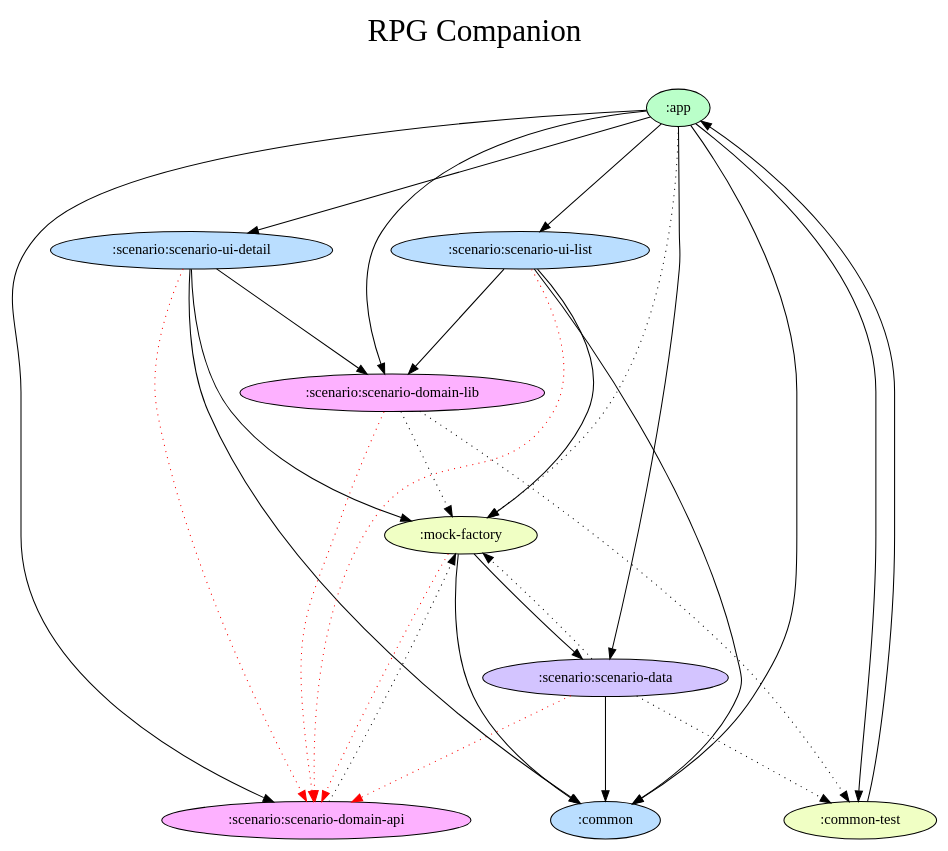
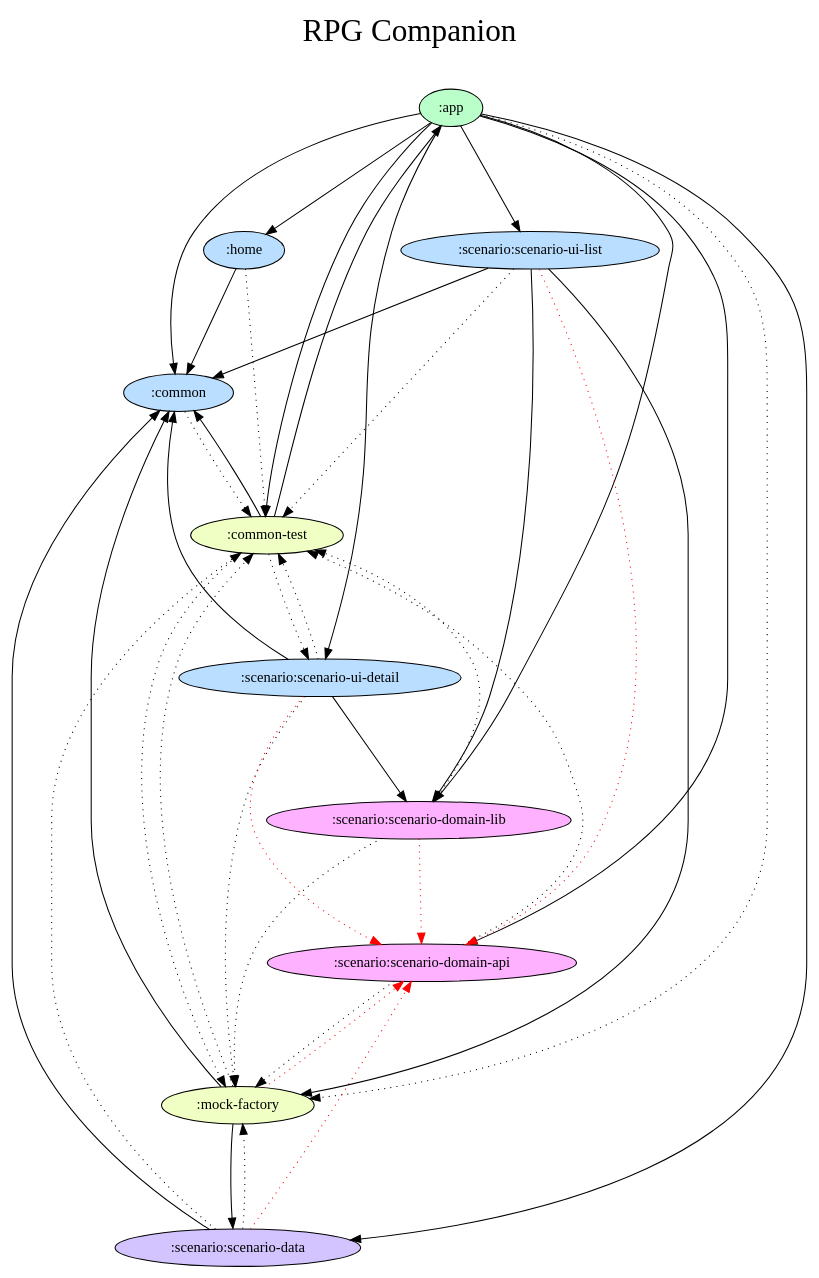
Before and after one commit to florentin-v/android-rpg-companion: the diagram in docs/dependency-graph/project.dot, drawn with Graphviz. The commit also changed 36 other files, not shown here.

Commit message:
chore: remove mockk + start ui tests + test ScenarioDetailViewModel

```diff
--- a/docs/dependency-graph/project.dot
+++ b/docs/dependency-graph/project.dot
@@ -1,50 +1,62 @@
 digraph {
   graph [label="RPG Companion\n ",labelloc=t,fontsize=30,ranksep=1.4];
   node [style=filled, fillcolor="#bbbbbb"];
   rankdir=TB;
 
   # Projects
 
   ":app" [fillcolor="#baffc9"];
   ":common" [fillcolor="#badeff"];
   ":common-test" [fillcolor="#f0ffc4"];
+  ":home" [fillcolor="#badeff"];
   ":mock-factory" [fillcolor="#f0ffc4"];
   ":scenario:scenario-data" [fillcolor="#d3c4ff"];
   ":scenario:scenario-domain-api" [fillcolor="#fdb1ff"];
   ":scenario:scenario-domain-lib" [fillcolor="#fdb1ff"];
   ":scenario:scenario-ui-detail" [fillcolor="#badeff"];
   ":scenario:scenario-ui-list" [fillcolor="#badeff"];
 
   {rank = same;}
 
   # Dependencies
 
-  ":app" -> ":common" [style=filled, style=filled]
+  ":app" -> ":common-test" [style=dotted, style=filled]
+  ":app" -> ":common" [style=dotted, style=filled, style=filled]
+  ":app" -> ":mock-factory" [style=dotted, style=dotted]
+  ":app" -> ":scenario:scenario-ui-detail" [style=dotted, style=filled, style=filled]
+  ":app" -> ":home" [style=filled]
   ":app" -> ":scenario:scenario-data" [style=filled, style=filled]
   ":app" -> ":scenario:scenario-domain-lib" [style=filled, style=filled]
-  ":app" -> ":scenario:scenario-ui-detail" [style=filled, style=filled]
   ":app" -> ":scenario:scenario-ui-list" [style=filled, style=filled]
-  ":app" -> ":common-test" [style=filled]
   ":app" -> ":scenario:scenario-domain-api" [style=filled]
-  ":app" -> ":mock-factory" [style=dotted]
+  ":common-test" -> ":common" [style=dotted, style=filled]
+  ":common-test" -> ":mock-factory" [style=dotted]
+  ":common-test" -> ":scenario:scenario-ui-detail" [style=dotted]
   ":common-test" -> ":app" [style=filled]
+  ":common" -> ":common-test" [style=dotted]
+  ":mock-factory" -> ":common-test" [style=dotted]
   ":mock-factory" -> ":scenario:scenario-domain-api" [color=red,style=dotted]
   ":mock-factory" -> ":common" [style=filled]
   ":mock-factory" -> ":scenario:scenario-data" [style=filled]
+  ":home" -> ":common-test" [style=dotted]
+  ":home" -> ":common" [style=filled]
+  ":scenario:scenario-domain-api" -> ":common-test" [style=dotted]
   ":scenario:scenario-domain-api" -> ":mock-factory" [style=dotted]
+  ":scenario:scenario-ui-list" -> ":common-test" [style=dotted]
   ":scenario:scenario-ui-list" -> ":scenario:scenario-domain-api" [color=red,style=dotted]
   ":scenario:scenario-ui-list" -> ":common" [style=filled]
   ":scenario:scenario-ui-list" -> ":mock-factory" [style=filled]
   ":scenario:scenario-ui-list" -> ":scenario:scenario-domain-lib" [style=filled]
+  ":scenario:scenario-domain-lib" -> ":common-test" [style=dotted, style=dotted]
   ":scenario:scenario-domain-lib" -> ":scenario:scenario-domain-api" [color=red,style=dotted]
   ":scenario:scenario-domain-lib" -> ":mock-factory" [style=dotted]
-  ":scenario:scenario-domain-lib" -> ":common-test" [style=dotted]
+  ":scenario:scenario-data" -> ":common-test" [style=dotted, style=dotted]
   ":scenario:scenario-data" -> ":scenario:scenario-domain-api" [color=red,style=dotted]
   ":scenario:scenario-data" -> ":common" [style=filled]
   ":scenario:scenario-data" -> ":mock-factory" [style=dotted]
-  ":scenario:scenario-data" -> ":common-test" [style=dotted]
+  ":scenario:scenario-ui-detail" -> ":common-test" [style=dotted, style=dotted]
   ":scenario:scenario-ui-detail" -> ":scenario:scenario-domain-api" [color=red,style=dotted]
   ":scenario:scenario-ui-detail" -> ":common" [style=filled]
-  ":scenario:scenario-ui-detail" -> ":mock-factory" [style=filled]
+  ":scenario:scenario-ui-detail" -> ":mock-factory" [style=filled, style=dotted]
   ":scenario:scenario-ui-detail" -> ":scenario:scenario-domain-lib" [style=filled]
 }
```
